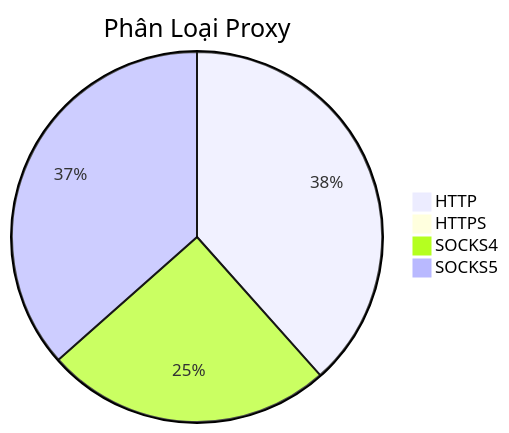
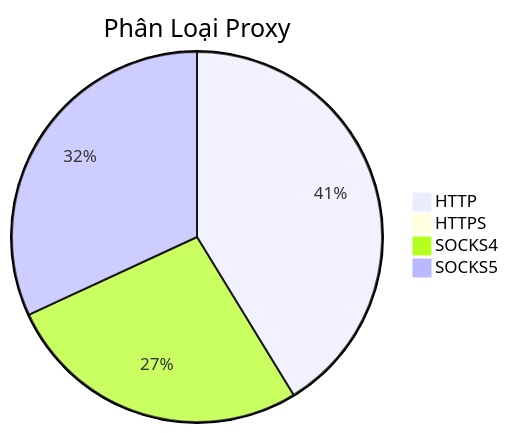
Before and after one commit to Ciara-12/PROXY-free: the diagram in README.md, drawn with Mermaid. The commit also changed other lines of this file and 4 other files, not shown here.

````diff
--- a/README.md
+++ b/README.md
@@ -26,7 +26,7 @@
 ```mermaid
 pie title Phân Loại Proxy
-    "HTTP" : 411
-    "HTTPS" : 0
-    "SOCKS4" : 268
-    "SOCKS5" : 391
+    "HTTP" : 489
+    "HTTPS" : 1
+    "SOCKS4" : 318
+    "SOCKS5" : 378
 ```
````
